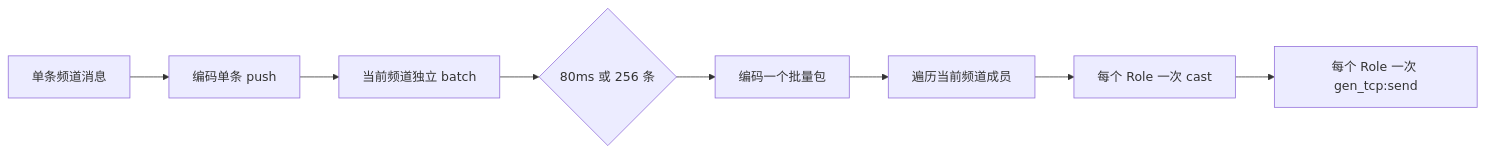
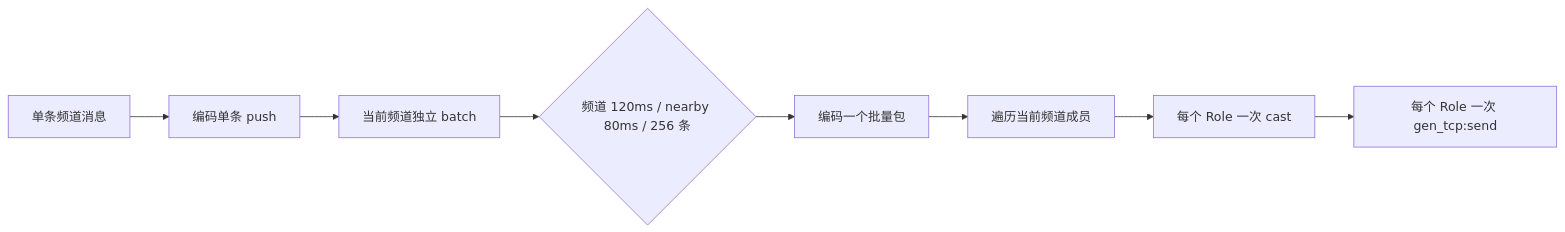
The sixth of 6 diagrams in docs/Chat V1.3 设计文档.md (chrison18/erlang-game-chat-server), drawn with Mermaid before and after one commit. The commit also changed other lines of this file and 19 other files, not shown here.

````diff
--- a/docs/Chat V1.3 设计文档.md
+++ b/docs/Chat V1.3 设计文档.md
@@ -228,10 +246,10 @@
 ```mermaid
 flowchart LR
     Message[单条频道消息] --> Encode[编码单条 push]
     Encode --> Buffer[当前频道独立 batch]
-    Buffer --> Gate{80ms 或 256 条}
+    Buffer --> Gate{频道 120ms / nearby 80ms / 256 条}
     Gate --> Batch[编码一个批量包]
     Batch --> Members[遍历当前频道成员]
     Members --> Role[每个 Role 一次 cast]
     Role --> TCP[每个 Role 一次 gen_tcp:send]
 ```
````
